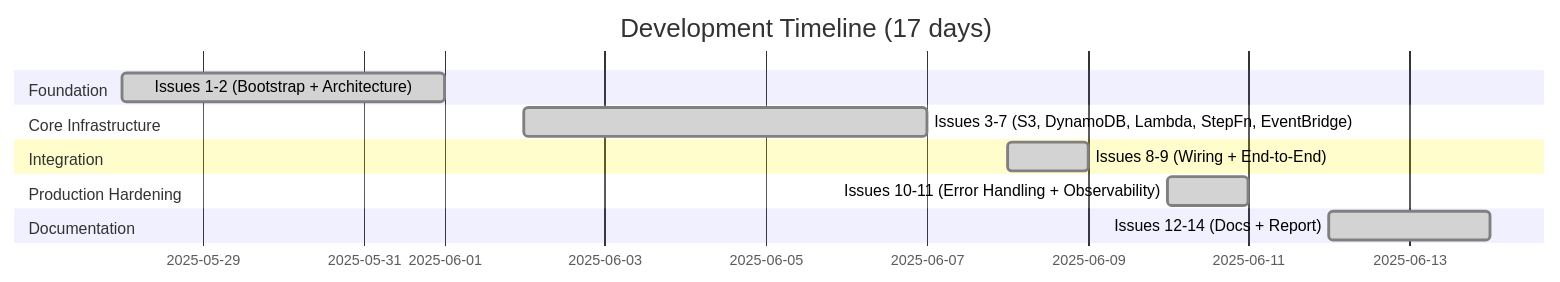
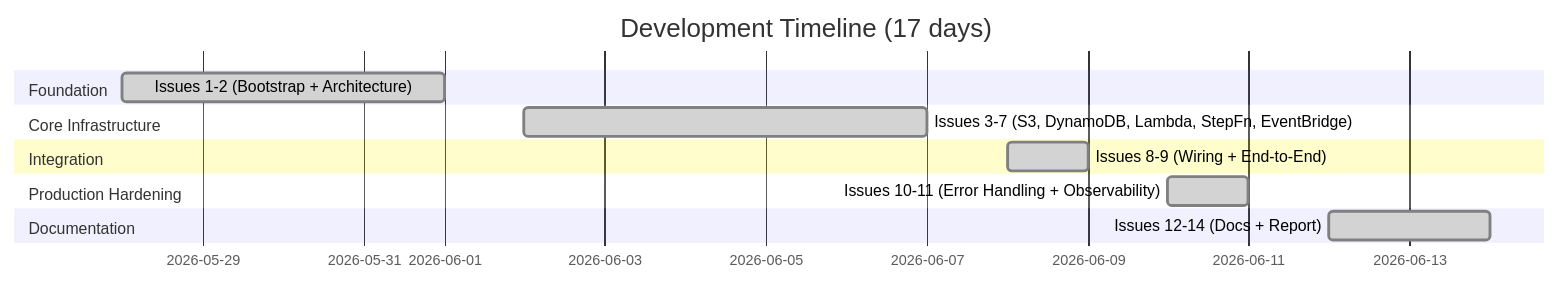
Before and after one commit to obstreperous-ai/cdk-sleep-java-kiro: the fourth of 5 diagrams in README.md, drawn with Mermaid. The commit also changed other lines of this file and 3 other files, not shown here.

First line of the commit message:
fix: address review issues in README diagrams and badges

````diff
--- a/README.md
+++ b/README.md
@@ -331,15 +331,15 @@
 ```mermaid
 gantt
     title Development Timeline (17 days)
     dateFormat YYYY-MM-DD
     section Foundation
-        Issues 1-2 (Bootstrap + Architecture) :done, f1, 2025-05-28, 2025-06-01
+        Issues 1-2 (Bootstrap + Architecture) :done, f1, 2026-05-28, 2026-06-01
     section Core Infrastructure
-        Issues 3-7 (S3, DynamoDB, Lambda, StepFn, EventBridge) :done, c1, 2025-06-02, 2025-06-07
+        Issues 3-7 (S3, DynamoDB, Lambda, StepFn, EventBridge) :done, c1, 2026-06-02, 2026-06-07
     section Integration
-        Issues 8-9 (Wiring + End-to-End) :done, i1, 2025-06-08, 2025-06-09
+        Issues 8-9 (Wiring + End-to-End) :done, i1, 2026-06-08, 2026-06-09
     section Production Hardening
-        Issues 10-11 (Error Handling + Observability) :done, p1, 2025-06-10, 2025-06-11
+        Issues 10-11 (Error Handling + Observability) :done, p1, 2026-06-10, 2026-06-11
     section Documentation
-        Issues 12-14 (Docs + Report) :done, d1, 2025-06-12, 2025-06-14
+        Issues 12-14 (Docs + Report) :done, d1, 2026-06-12, 2026-06-14
 ```
````
